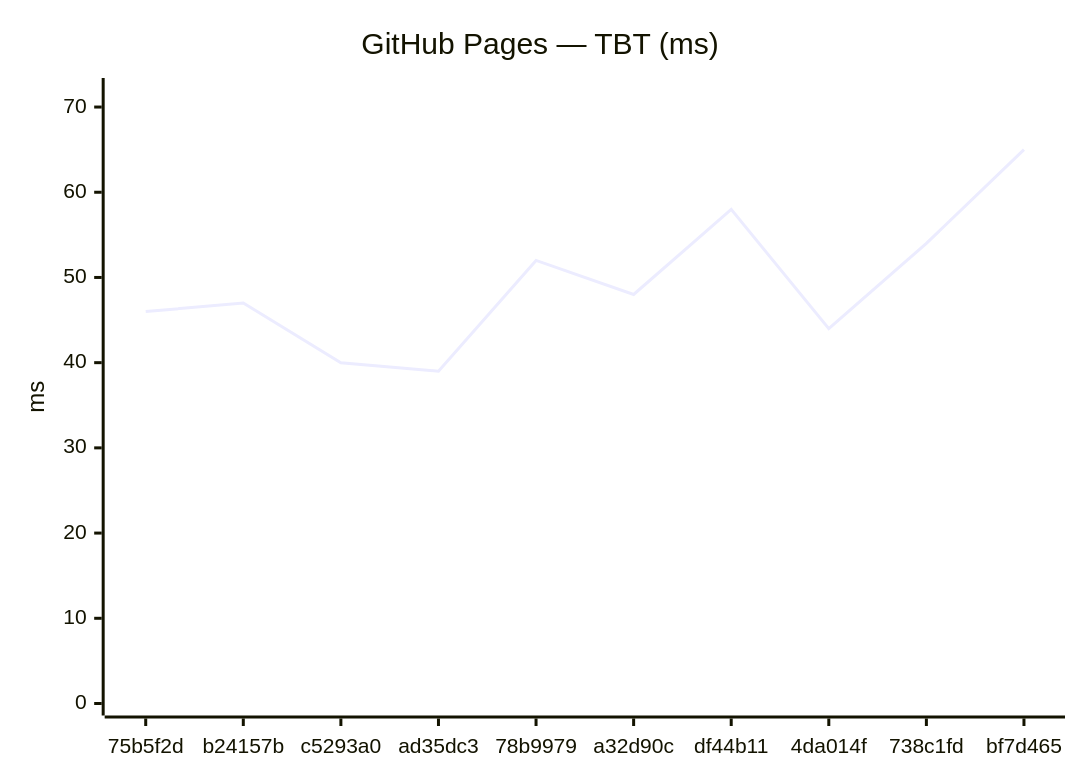
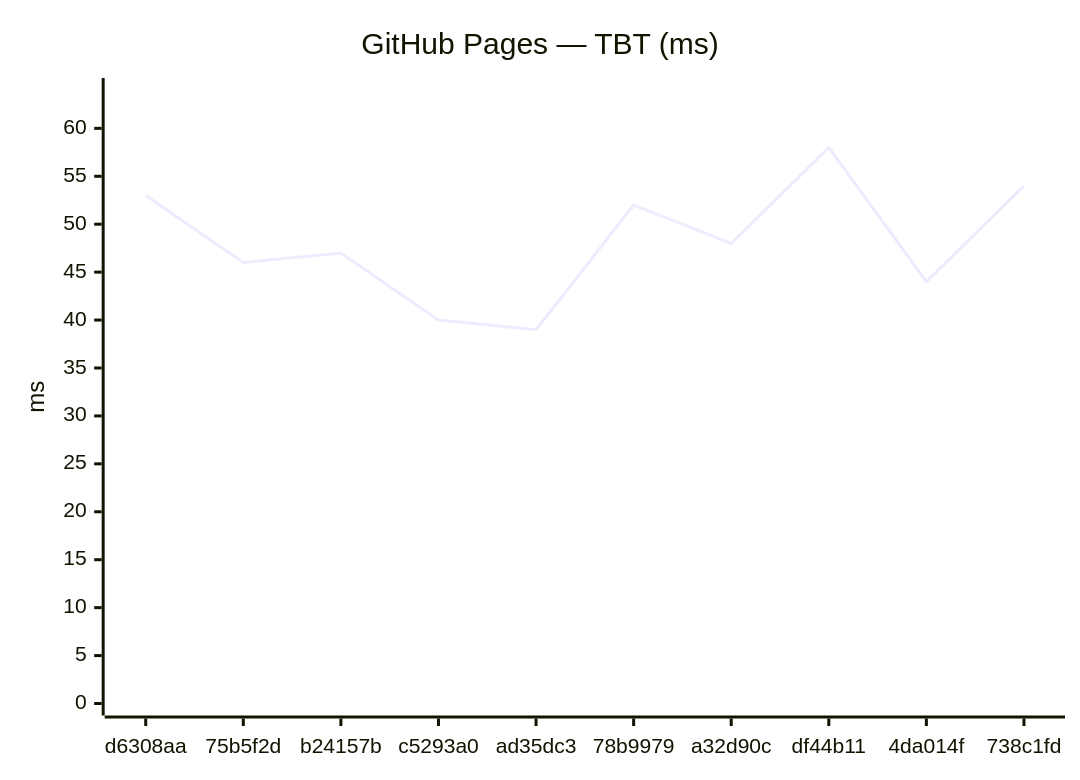
One commit to Metaheurist/Rianell changed the fourth of 24 diagrams in benchmarks/compare.md. Above: the diagram before and after it, drawn with Mermaid. The commit also changed other lines of this file and 14 other files, not shown here.

````diff
--- a/benchmarks/compare.md
+++ b/benchmarks/compare.md
@@ -61,7 +61,7 @@
 ```mermaid
 xychart-beta
     title "GitHub Pages — TBT (ms)"
-    x-axis ["75b5f2d", "b24157b", "c5293a0", "ad35dc3", "78b9979", "a32d90c", "df44b11", "4da014f", "738c1fd", "bf7d465"]
-    y-axis "ms" 0 --> 72
-    line [46, 47, 40, 39, 52, 48, 58, 44, 54, 65]
+    x-axis ["d6308aa", "75b5f2d", "b24157b", "c5293a0", "ad35dc3", "78b9979", "a32d90c", "df44b11", "4da014f", "738c1fd"]
+    y-axis "ms" 0 --> 64
+    line [53, 46, 47, 40, 39, 52, 48, 58, 44, 54]
 ```
````
